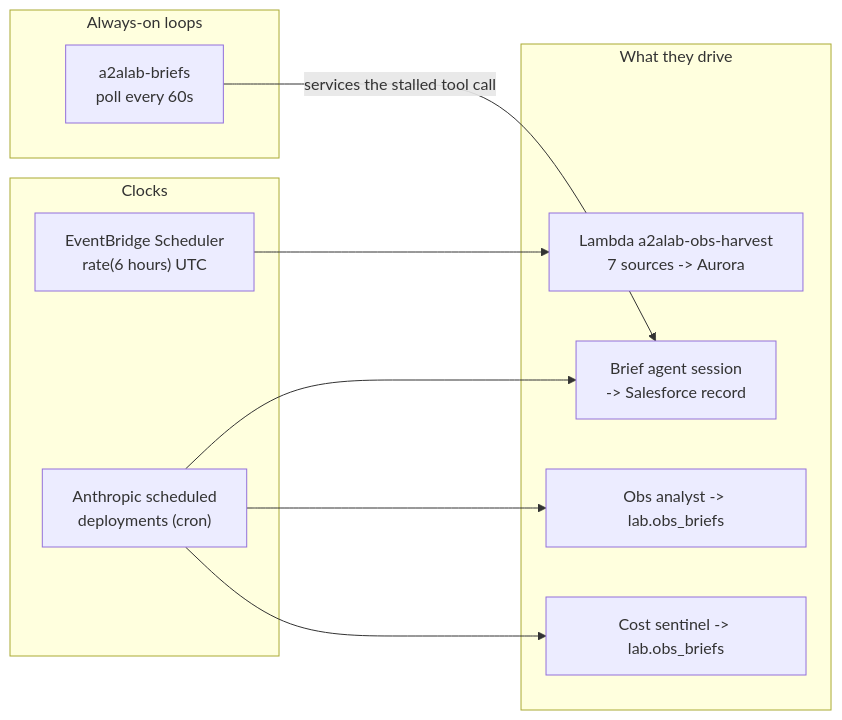
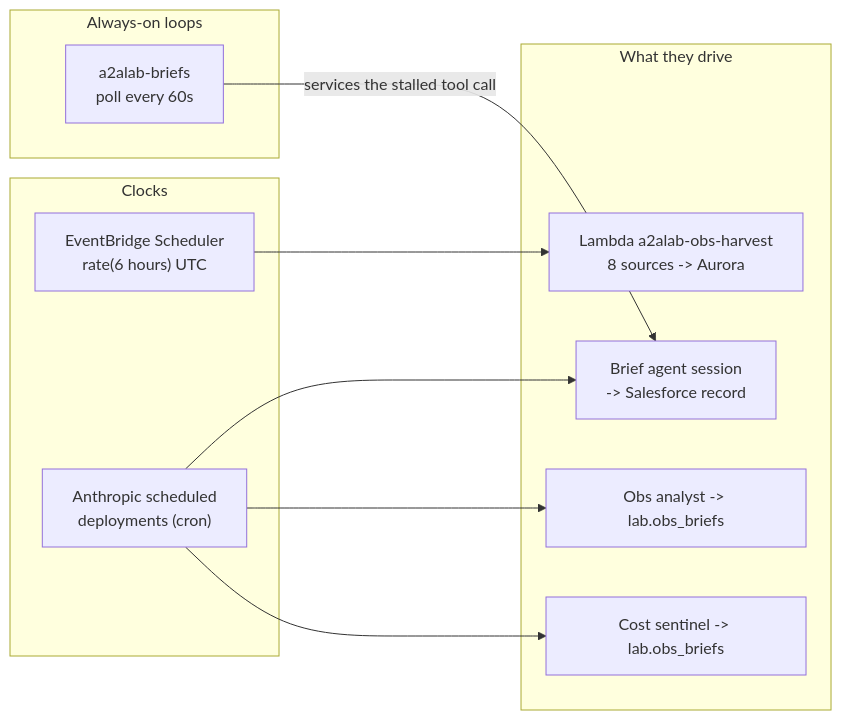
The ninth of 10 diagrams in plan/09-deployment-map.md (congmingwudi/a2a-lab), drawn with Mermaid before and after one commit. The commit also changed other lines of this file and 27 other files, not shown here.

````diff
--- a/plan/09-deployment-map.md
+++ b/plan/09-deployment-map.md
@@ -701,21 +703,21 @@
 ```mermaid
 flowchart LR
   subgraph CLK["Clocks"]
     EBS["EventBridge Scheduler<br/>rate(6 hours) UTC"]
     ANT["Anthropic scheduled<br/>deployments (cron)"]
   end
   subgraph LOOP["Always-on loops"]
     BW["a2alab-briefs<br/>poll every 60s"]
   end
   subgraph WORK["What they drive"]
-    HARV["Lambda a2alab-obs-harvest<br/>7 sources -> Aurora"]
+    HARV["Lambda a2alab-obs-harvest<br/>8 sources -> Aurora"]
     BRIEF["Brief agent session<br/>-> Salesforce record"]
     ANLY["Obs analyst -> lab.obs_briefs"]
     COST["Cost sentinel -> lab.obs_briefs"]
   end
   EBS --> HARV
   ANT --> BRIEF
   ANT --> ANLY
   ANT --> COST
   BW -->|"services the stalled tool call"| BRIEF
 ```
````
